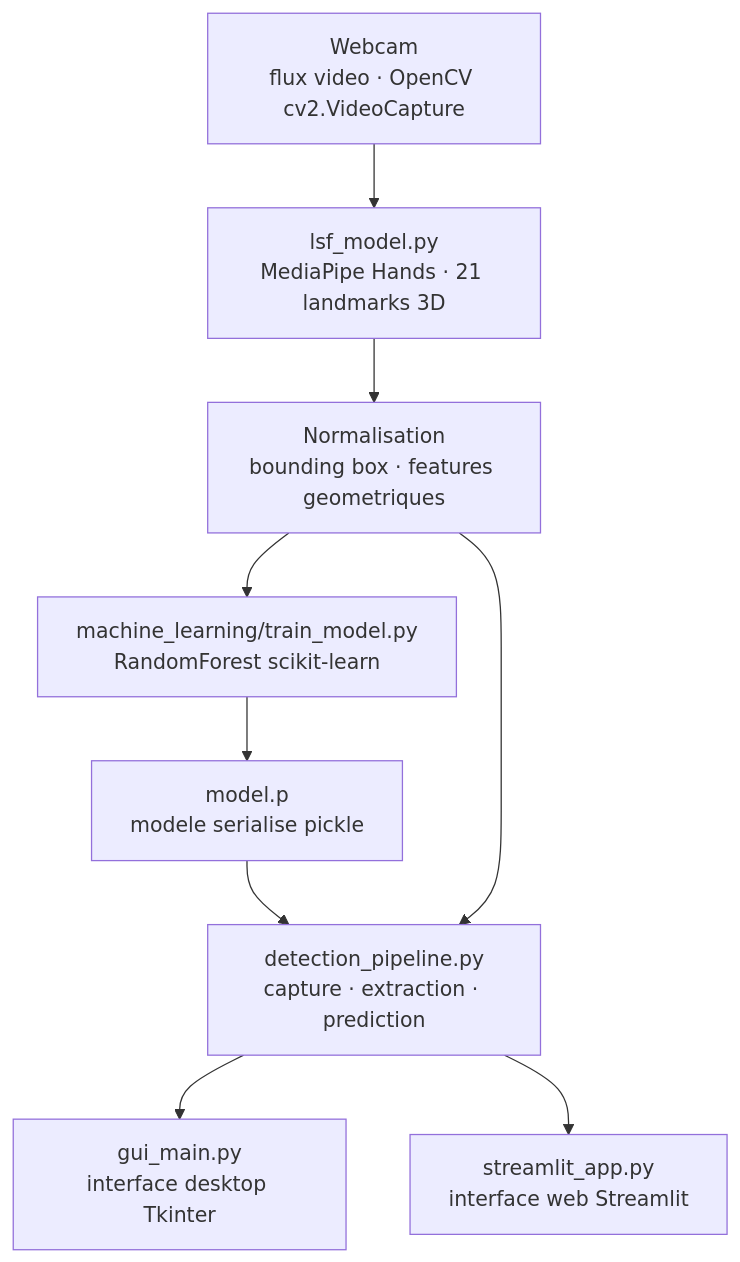
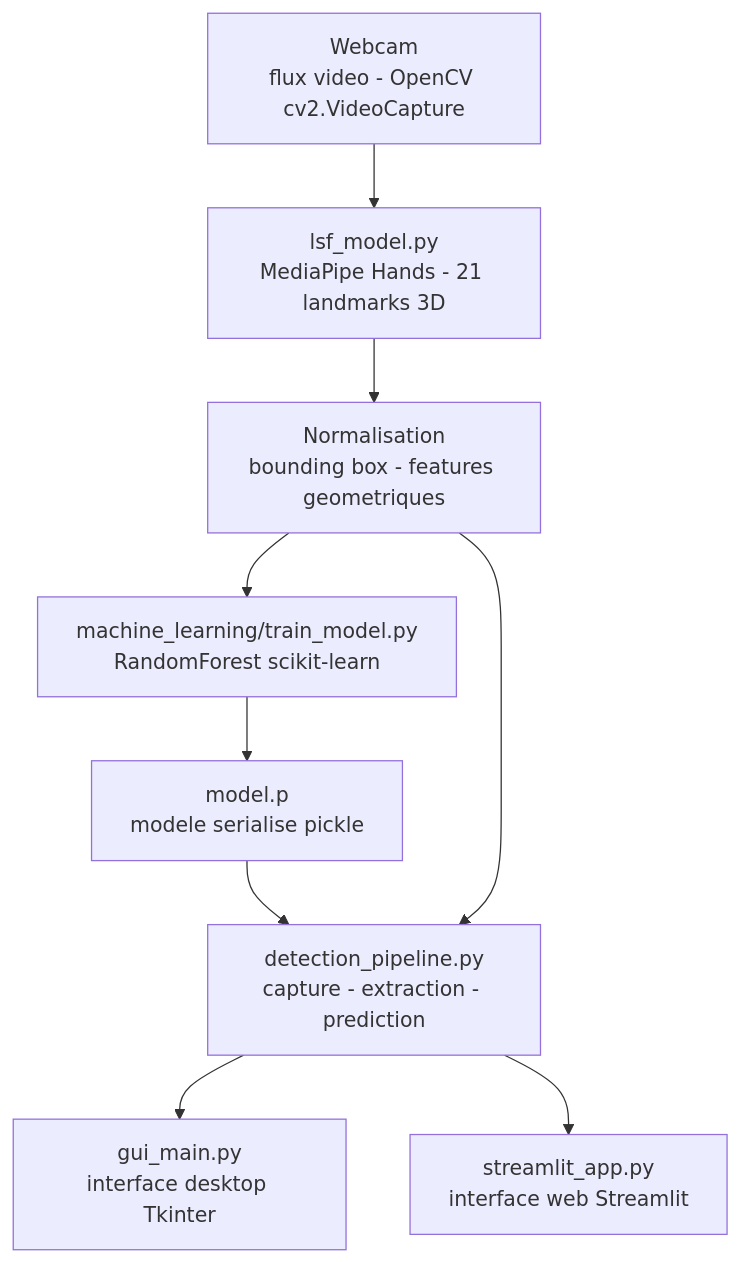
Before and after one commit to Adam-Blf/Langue-des-signes: the diagram in README.md, drawn with Mermaid. The commit also changed other lines of this file, not shown here.

````diff
--- a/README.md
+++ b/README.md
@@ -22,19 +22,19 @@
 ```mermaid
 flowchart TB
-    A["Webcam<br/>flux video · OpenCV cv2.VideoCapture"]
-    B["lsf_model.py<br/>MediaPipe Hands · 21 landmarks 3D"]
-    C["Normalisation<br/>bounding box · features geometriques"]
+    A["Webcam<br/>flux video - OpenCV cv2.VideoCapture"]
+    B["lsf_model.py<br/>MediaPipe Hands - 21 landmarks 3D"]
+    C["Normalisation<br/>bounding box - features geometriques"]
     D["machine_learning/train_model.py<br/>RandomForest scikit-learn"]
     E["model.p<br/>modele serialise pickle"]
-    F["detection_pipeline.py<br/>capture · extraction · prediction"]
+    F["detection_pipeline.py<br/>capture - extraction - prediction"]
     G["gui_main.py<br/>interface desktop Tkinter"]
     H["streamlit_app.py<br/>interface web Streamlit"]
     A --> B
     B --> C
     C --> D
     D --> E
     E --> F
     C --> F
     F --> G
     F --> H
 ```
````
